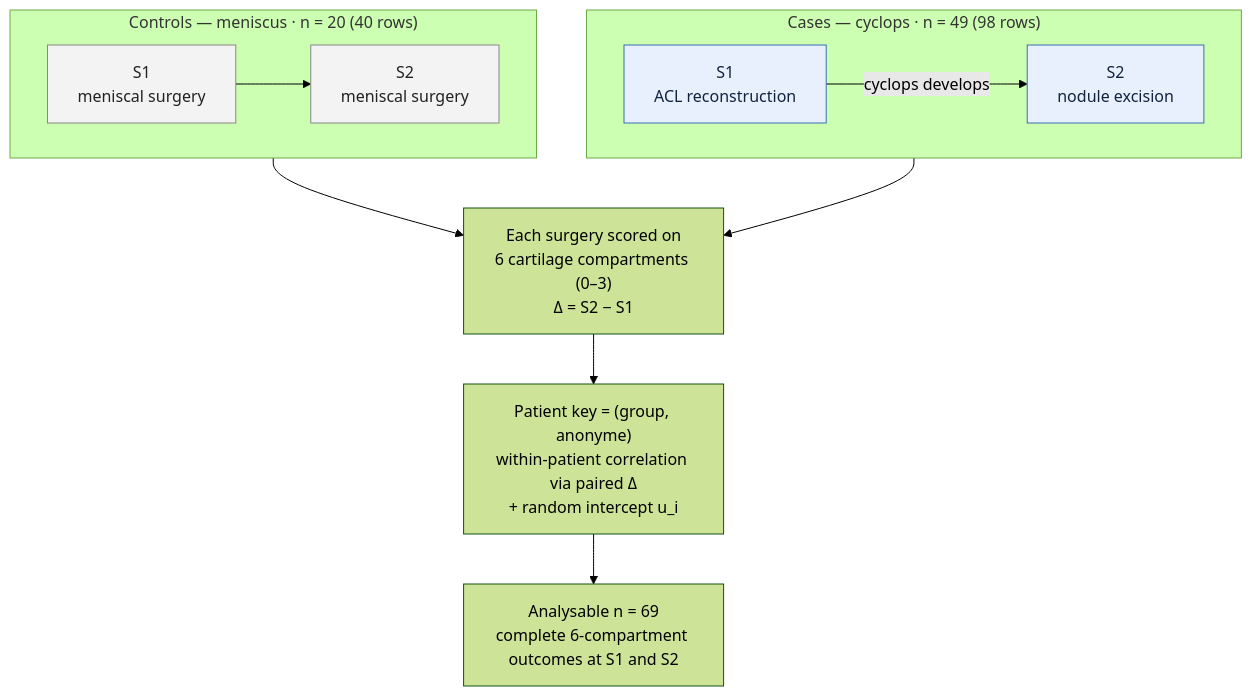
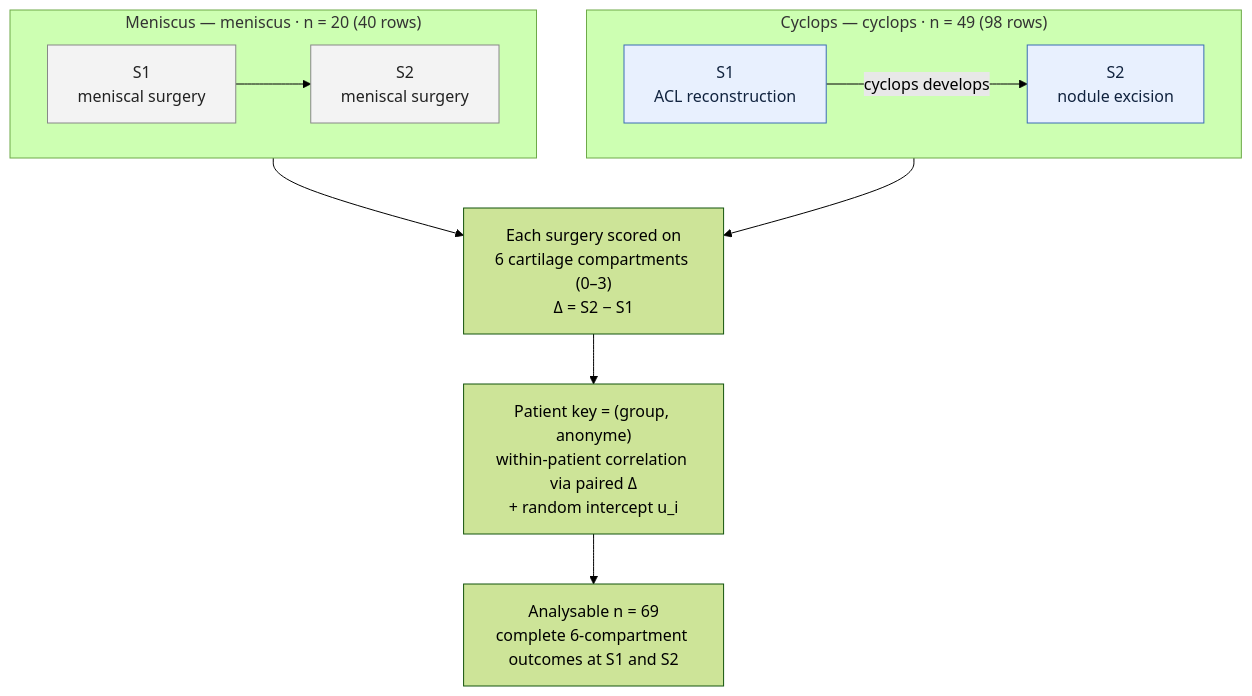
One commit to TomSOhm/cyclops_lesion_statistics changed the second of 7 diagrams in paper/manuscript.md. Above: the diagram before and after it, drawn with Mermaid (forest theme). The commit also changed other lines of this file and 37 other files, not shown here.

````diff
--- a/paper/manuscript.md
+++ b/paper/manuscript.md
@@ -97,19 +97,19 @@
 ```mermaid
 flowchart TB
-    subgraph CASES["Cases — cyclops · n = 49 (98 rows)"]
+    subgraph CASES["Cyclops — cyclops · n = 49 (98 rows)"]
         direction LR
         C1["S1<br/>ACL reconstruction"] -->|"cyclops develops"| C2["S2<br/>nodule excision"]
     end
-    subgraph CTRL["Controls — meniscus · n = 20 (40 rows)"]
+    subgraph CTRL["Meniscus — meniscus · n = 20 (40 rows)"]
         direction LR
         K1["S1<br/>meniscal surgery"] --> K2["S2<br/>meniscal surgery"]
     end
     C2 --> SCORE["Each surgery scored on<br/>6 cartilage compartments (0–3)<br/>Δ = S2 − S1"]
     K2 --> SCORE
     SCORE --> KEY["Patient key = (group, anonyme)<br/>within-patient correlation via paired Δ<br/>+ random intercept u_i"]
     KEY --> ANALYS["Analysable n = 69<br/>complete 6-compartment outcomes at S1 and S2"]
-    classDef case fill:#e8f0fe,stroke:#3b6db5,color:#11233f;
+    classDef grp fill:#e8f0fe,stroke:#3b6db5,color:#11233f;
     classDef ctrl fill:#f3f3f3,stroke:#888,color:#222;
-    class C1,C2 case;
+    class C1,C2 grp;
     class K1,K2 ctrl;
 ```
````
